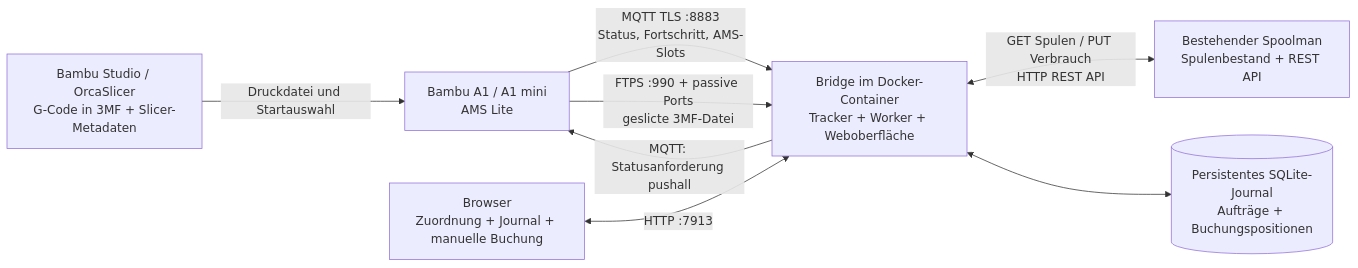
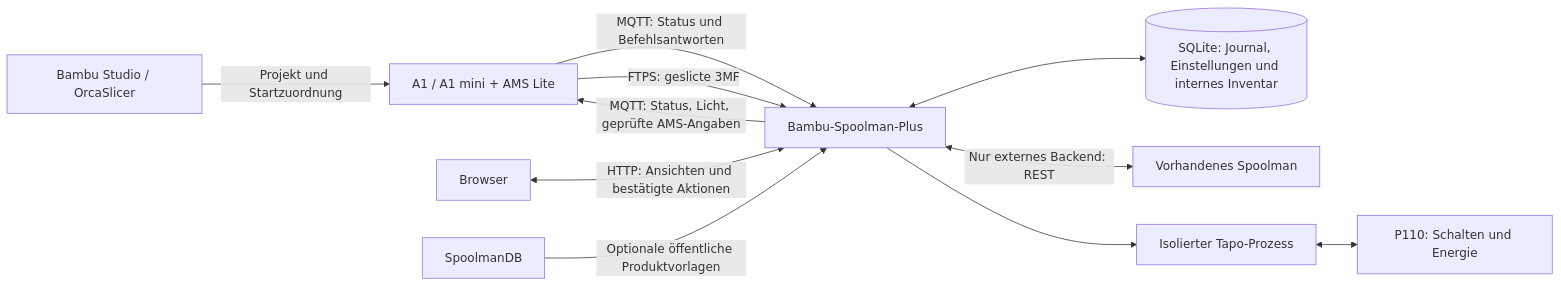
One commit to andreas-fe/bambu-spoolman-plus changed the diagram in docs/flows/communication.md. Above: the diagram before and after it, drawn with Mermaid. The commit also changed other lines of this file and 41 other files, not shown here.

````diff
--- a/docs/flows/communication.md
+++ b/docs/flows/communication.md
@@ -7,16 +3,13 @@
 ```mermaid
 flowchart LR
-    Printer["Bambu A1 / A1 mini<br/>AMS Lite"]
-    Slicer["Bambu Studio / OrcaSlicer<br/>G-Code in 3MF + Slicer-Metadaten"]
-    Bridge["Bridge im Docker-Container<br/>Tracker + Worker + Weboberfläche"]
-    Ledger[("Persistentes SQLite-Journal<br/>Aufträge + Buchungspositionen")]
-    Spoolman["Bestehender Spoolman<br/>Spulenbestand + REST API"]
-    Browser["Browser<br/>Zuordnung + Journal + manuelle Buchung"]
-    Slicer -->|"Druckdatei und Startauswahl"| Printer
-    Printer -->|"MQTT TLS :8883<br/>Status, Fortschritt, AMS-Slots"| Bridge
-    Bridge -->|"MQTT: Statusanforderung pushall"| Printer
-    Printer -->|"FTPS :990 + passive Ports<br/>geslicte 3MF-Datei"| Bridge
-    Bridge <-->|"GET Spulen / PUT Verbrauch<br/>HTTP REST API"| Spoolman
-    Bridge <--> Ledger
-    Browser <-->|"HTTP :7913"| Bridge
+    Slicer["Bambu Studio / OrcaSlicer"] -->|"Projekt und Startzuordnung"| Printer["A1 / A1 mini + AMS Lite"]
+    Printer -->|"MQTT: Status und Befehlsantworten"| Bridge["Bambu-Spoolman-Plus"]
+    Bridge -->|"MQTT: Status, Licht, geprüfte AMS-Angaben"| Printer
+    Printer -->|"FTPS: geslicte 3MF"| Bridge
+    Browser["Browser"] <-->|"HTTP: Ansichten und bestätigte Aktionen"| Bridge
+    Bridge <--> DB[("SQLite: Journal, Einstellungen und internes Inventar")]
+    Bridge <-->|"Nur externes Backend: REST"| Spoolman["Vorhandenes Spoolman"]
+    Bridge --> Worker["Isolierter Tapo-Prozess"]
+    Worker <--> Tapo["P110: Schalten und Energie"]
+    Catalog["SpoolmanDB"] -->|"Optionale öffentliche Produktvorlagen"| Bridge
 ```
````
